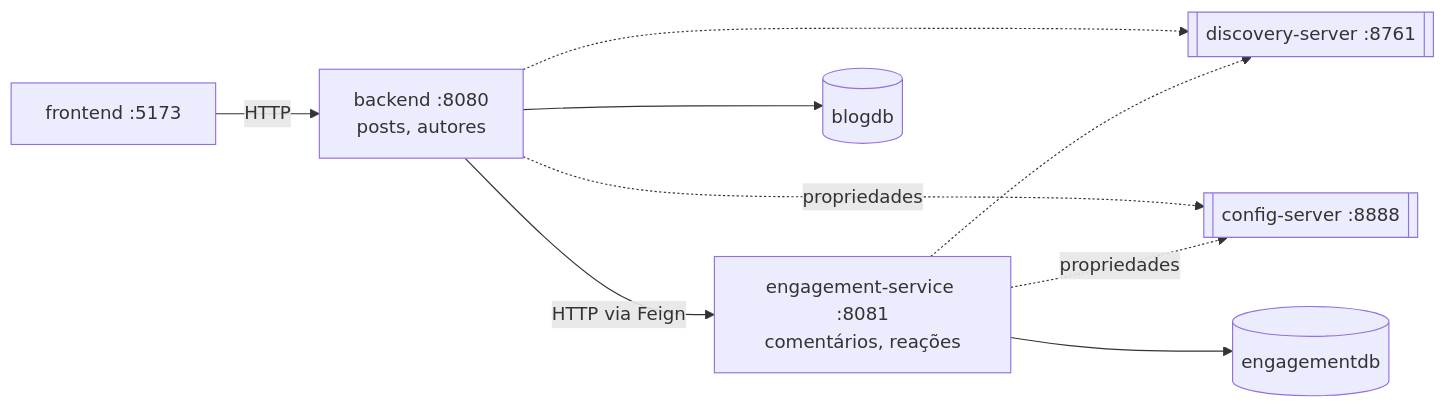
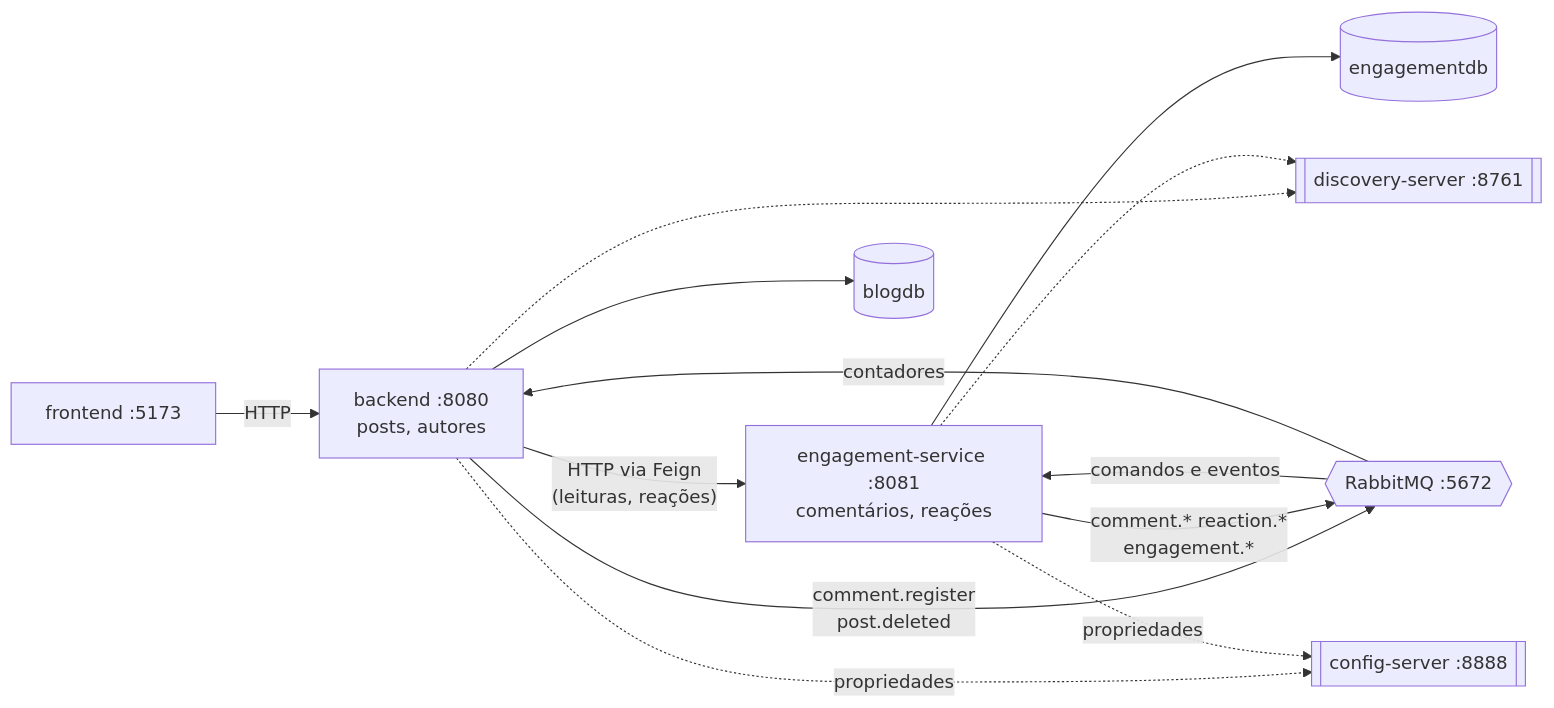
The diagram in README.md (vctorgriggi/Projeto-Bloco-Teste-Performance-02), drawn with Mermaid before and after one commit. The commit also changed other lines of this file and 99 other files, not shown here.

````diff
--- a/README.md
+++ b/README.md
@@ -36,11 +39,15 @@
 ```mermaid
 flowchart LR
     FE["frontend :5173"] -->|"HTTP"| MONO["backend :8080<br/>posts, autores"]
-    MONO -->|"HTTP via Feign"| ENG["engagement-service :8081<br/>comentários, reações"]
+    MONO -->|"HTTP via Feign<br/>(leituras, reações)"| ENG["engagement-service :8081<br/>comentários, reações"]
+    MONO -->|"comment.register<br/>post.deleted"| MQ{{"RabbitMQ :5672"}}
+    MQ -->|"comandos e eventos"| ENG
+    ENG -->|"comment.* reaction.*<br/>engagement.*"| MQ
+    MQ -->|"contadores"| MONO
     MONO -.-> EUR[["discovery-server :8761"]]
     ENG -.-> EUR
     MONO -.propriedades.-> CFG[["config-server :8888"]]
     ENG -.propriedades.-> CFG
     MONO --> DB1[("blogdb")]
     ENG --> DB2[("engagementdb")]
 ```
````
